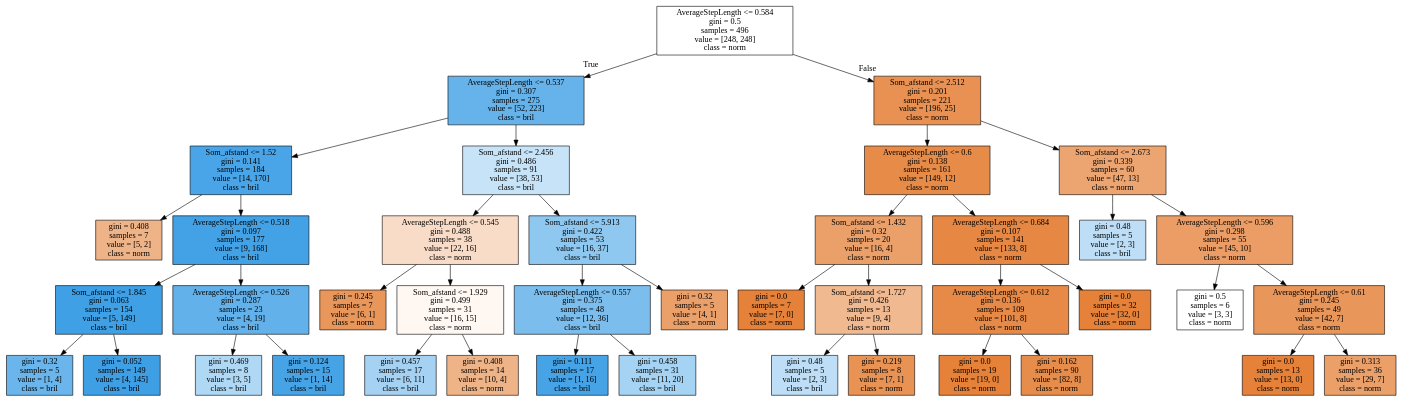
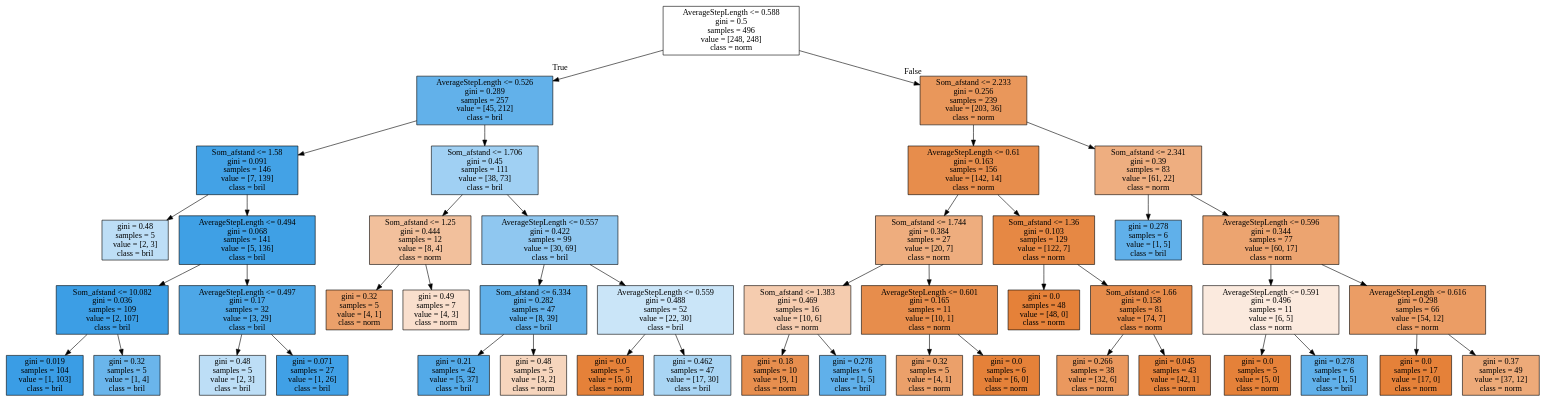
The diagram in Machine_learning/tree.dot (VivienvV/fallrisk), drawn with Graphviz before and after one commit. The commit also changed 4 other files, not shown here.

```diff
--- a/Machine_learning/tree.dot
+++ b/Machine_learning/tree.dot
@@ -1,84 +1,92 @@
 digraph Tree {
 node [shape=box, style="filled", color="black"] ;
-0 [label="AverageStepLength <= 0.584\ngini = 0.5\nsamples = 496\nvalue = [248, 248]\nclass = norm", fillcolor="#e5813900"] ;
-1 [label="AverageStepLength <= 0.537\ngini = 0.307\nsamples = 275\nvalue = [52, 223]\nclass = bril", fillcolor="#399de5c4"] ;
+0 [label="AverageStepLength <= 0.588\ngini = 0.5\nsamples = 496\nvalue = [248, 248]\nclass = norm", fillcolor="#e5813900"] ;
+1 [label="AverageStepLength <= 0.526\ngini = 0.289\nsamples = 257\nvalue = [45, 212]\nclass = bril", fillcolor="#399de5c9"] ;
 0 -> 1 [labeldistance=2.5, labelangle=45, headlabel="True"] ;
-2 [label="Som_afstand <= 1.52\ngini = 0.141\nsamples = 184\nvalue = [14, 170]\nclass = bril", fillcolor="#399de5ea"] ;
+2 [label="Som_afstand <= 1.58\ngini = 0.091\nsamples = 146\nvalue = [7, 139]\nclass = bril", fillcolor="#399de5f2"] ;
 1 -> 2 ;
-3 [label="gini = 0.408\nsamples = 7\nvalue = [5, 2]\nclass = norm", fillcolor="#e5813999"] ;
+3 [label="gini = 0.48\nsamples = 5\nvalue = [2, 3]\nclass = bril", fillcolor="#399de555"] ;
 2 -> 3 ;
-4 [label="AverageStepLength <= 0.518\ngini = 0.097\nsamples = 177\nvalue = [9, 168]\nclass = bril", fillcolor="#399de5f1"] ;
+4 [label="AverageStepLength <= 0.494\ngini = 0.068\nsamples = 141\nvalue = [5, 136]\nclass = bril", fillcolor="#399de5f6"] ;
 2 -> 4 ;
-5 [label="Som_afstand <= 1.845\ngini = 0.063\nsamples = 154\nvalue = [5, 149]\nclass = bril", fillcolor="#399de5f6"] ;
+5 [label="Som_afstand <= 10.082\ngini = 0.036\nsamples = 109\nvalue = [2, 107]\nclass = bril", fillcolor="#399de5fa"] ;
 4 -> 5 ;
-6 [label="gini = 0.32\nsamples = 5\nvalue = [1, 4]\nclass = bril", fillcolor="#399de5bf"] ;
+6 [label="gini = 0.019\nsamples = 104\nvalue = [1, 103]\nclass = bril", fillcolor="#399de5fd"] ;
 5 -> 6 ;
-7 [label="gini = 0.052\nsamples = 149\nvalue = [4, 145]\nclass = bril", fillcolor="#399de5f8"] ;
+7 [label="gini = 0.32\nsamples = 5\nvalue = [1, 4]\nclass = bril", fillcolor="#399de5bf"] ;
 5 -> 7 ;
-8 [label="AverageStepLength <= 0.526\ngini = 0.287\nsamples = 23\nvalue = [4, 19]\nclass = bril", fillcolor="#399de5c9"] ;
+8 [label="AverageStepLength <= 0.497\ngini = 0.17\nsamples = 32\nvalue = [3, 29]\nclass = bril", fillcolor="#399de5e5"] ;
 4 -> 8 ;
-9 [label="gini = 0.469\nsamples = 8\nvalue = [3, 5]\nclass = bril", fillcolor="#399de566"] ;
+9 [label="gini = 0.48\nsamples = 5\nvalue = [2, 3]\nclass = bril", fillcolor="#399de555"] ;
 8 -> 9 ;
-10 [label="gini = 0.124\nsamples = 15\nvalue = [1, 14]\nclass = bril", fillcolor="#399de5ed"] ;
+10 [label="gini = 0.071\nsamples = 27\nvalue = [1, 26]\nclass = bril", fillcolor="#399de5f5"] ;
 8 -> 10 ;
-11 [label="Som_afstand <= 2.456\ngini = 0.486\nsamples = 91\nvalue = [38, 53]\nclass = bril", fillcolor="#399de548"] ;
+11 [label="Som_afstand <= 1.706\ngini = 0.45\nsamples = 111\nvalue = [38, 73]\nclass = bril", fillcolor="#399de57a"] ;
 1 -> 11 ;
-12 [label="AverageStepLength <= 0.545\ngini = 0.488\nsamples = 38\nvalue = [22, 16]\nclass = norm", fillcolor="#e5813946"] ;
+12 [label="Som_afstand <= 1.25\ngini = 0.444\nsamples = 12\nvalue = [8, 4]\nclass = norm", fillcolor="#e581397f"] ;
 11 -> 12 ;
-13 [label="gini = 0.245\nsamples = 7\nvalue = [6, 1]\nclass = norm", fillcolor="#e58139d4"] ;
+13 [label="gini = 0.32\nsamples = 5\nvalue = [4, 1]\nclass = norm", fillcolor="#e58139bf"] ;
 12 -> 13 ;
-14 [label="Som_afstand <= 1.929\ngini = 0.499\nsamples = 31\nvalue = [16, 15]\nclass = norm", fillcolor="#e5813910"] ;
+14 [label="gini = 0.49\nsamples = 7\nvalue = [4, 3]\nclass = norm", fillcolor="#e5813940"] ;
 12 -> 14 ;
-15 [label="gini = 0.457\nsamples = 17\nvalue = [6, 11]\nclass = bril", fillcolor="#399de574"] ;
-14 -> 15 ;
-16 [label="gini = 0.408\nsamples = 14\nvalue = [10, 4]\nclass = norm", fillcolor="#e5813999"] ;
-14 -> 16 ;
-17 [label="Som_afstand <= 5.913\ngini = 0.422\nsamples = 53\nvalue = [16, 37]\nclass = bril", fillcolor="#399de591"] ;
-11 -> 17 ;
-18 [label="AverageStepLength <= 0.557\ngini = 0.375\nsamples = 48\nvalue = [12, 36]\nclass = bril", fillcolor="#399de5aa"] ;
-17 -> 18 ;
-19 [label="gini = 0.111\nsamples = 17\nvalue = [1, 16]\nclass = bril", fillcolor="#399de5ef"] ;
-18 -> 19 ;
-20 [label="gini = 0.458\nsamples = 31\nvalue = [11, 20]\nclass = bril", fillcolor="#399de573"] ;
-18 -> 20 ;
-21 [label="gini = 0.32\nsamples = 5\nvalue = [4, 1]\nclass = norm", fillcolor="#e58139bf"] ;
-17 -> 21 ;
-22 [label="Som_afstand <= 2.512\ngini = 0.201\nsamples = 221\nvalue = [196, 25]\nclass = norm", fillcolor="#e58139de"] ;
+15 [label="AverageStepLength <= 0.557\ngini = 0.422\nsamples = 99\nvalue = [30, 69]\nclass = bril", fillcolor="#399de590"] ;
+11 -> 15 ;
+16 [label="Som_afstand <= 6.334\ngini = 0.282\nsamples = 47\nvalue = [8, 39]\nclass = bril", fillcolor="#399de5cb"] ;
+15 -> 16 ;
+17 [label="gini = 0.21\nsamples = 42\nvalue = [5, 37]\nclass = bril", fillcolor="#399de5dd"] ;
+16 -> 17 ;
+18 [label="gini = 0.48\nsamples = 5\nvalue = [3, 2]\nclass = norm", fillcolor="#e5813955"] ;
+16 -> 18 ;
+19 [label="AverageStepLength <= 0.559\ngini = 0.488\nsamples = 52\nvalue = [22, 30]\nclass = bril", fillcolor="#399de544"] ;
+15 -> 19 ;
+20 [label="gini = 0.0\nsamples = 5\nvalue = [5, 0]\nclass = norm", fillcolor="#e58139ff"] ;
+19 -> 20 ;
+21 [label="gini = 0.462\nsamples = 47\nvalue = [17, 30]\nclass = bril", fillcolor="#399de56e"] ;
+19 -> 21 ;
+22 [label="Som_afstand <= 2.233\ngini = 0.256\nsamples = 239\nvalue = [203, 36]\nclass = norm", fillcolor="#e58139d2"] ;
 0 -> 22 [labeldistance=2.5, labelangle=-45, headlabel="False"] ;
-23 [label="AverageStepLength <= 0.6\ngini = 0.138\nsamples = 161\nvalue = [149, 12]\nclass = norm", fillcolor="#e58139ea"] ;
+23 [label="AverageStepLength <= 0.61\ngini = 0.163\nsamples = 156\nvalue = [142, 14]\nclass = norm", fillcolor="#e58139e6"] ;
 22 -> 23 ;
-24 [label="Som_afstand <= 1.432\ngini = 0.32\nsamples = 20\nvalue = [16, 4]\nclass = norm", fillcolor="#e58139bf"] ;
+24 [label="Som_afstand <= 1.744\ngini = 0.384\nsamples = 27\nvalue = [20, 7]\nclass = norm", fillcolor="#e58139a6"] ;
 23 -> 24 ;
-25 [label="gini = 0.0\nsamples = 7\nvalue = [7, 0]\nclass = norm", fillcolor="#e58139ff"] ;
+25 [label="Som_afstand <= 1.383\ngini = 0.469\nsamples = 16\nvalue = [10, 6]\nclass = norm", fillcolor="#e5813966"] ;
 24 -> 25 ;
-26 [label="Som_afstand <= 1.727\ngini = 0.426\nsamples = 13\nvalue = [9, 4]\nclass = norm", fillcolor="#e581398e"] ;
-24 -> 26 ;
-27 [label="gini = 0.48\nsamples = 5\nvalue = [2, 3]\nclass = bril", fillcolor="#399de555"] ;
-26 -> 27 ;
-28 [label="gini = 0.219\nsamples = 8\nvalue = [7, 1]\nclass = norm", fillcolor="#e58139db"] ;
-26 -> 28 ;
-29 [label="AverageStepLength <= 0.684\ngini = 0.107\nsamples = 141\nvalue = [133, 8]\nclass = norm", fillcolor="#e58139f0"] ;
-23 -> 29 ;
-30 [label="AverageStepLength <= 0.612\ngini = 0.136\nsamples = 109\nvalue = [101, 8]\nclass = norm", fillcolor="#e58139eb"] ;
-29 -> 30 ;
-31 [label="gini = 0.0\nsamples = 19\nvalue = [19, 0]\nclass = norm", fillcolor="#e58139ff"] ;
-30 -> 31 ;
-32 [label="gini = 0.162\nsamples = 90\nvalue = [82, 8]\nclass = norm", fillcolor="#e58139e6"] ;
-30 -> 32 ;
-33 [label="gini = 0.0\nsamples = 32\nvalue = [32, 0]\nclass = norm", fillcolor="#e58139ff"] ;
-29 -> 33 ;
-34 [label="Som_afstand <= 2.673\ngini = 0.339\nsamples = 60\nvalue = [47, 13]\nclass = norm", fillcolor="#e58139b8"] ;
-22 -> 34 ;
-35 [label="gini = 0.48\nsamples = 5\nvalue = [2, 3]\nclass = bril", fillcolor="#399de555"] ;
-34 -> 35 ;
-36 [label="AverageStepLength <= 0.596\ngini = 0.298\nsamples = 55\nvalue = [45, 10]\nclass = norm", fillcolor="#e58139c6"] ;
-34 -> 36 ;
-37 [label="gini = 0.5\nsamples = 6\nvalue = [3, 3]\nclass = norm", fillcolor="#e5813900"] ;
+26 [label="gini = 0.18\nsamples = 10\nvalue = [9, 1]\nclass = norm", fillcolor="#e58139e3"] ;
+25 -> 26 ;
+27 [label="gini = 0.278\nsamples = 6\nvalue = [1, 5]\nclass = bril", fillcolor="#399de5cc"] ;
+25 -> 27 ;
+28 [label="AverageStepLength <= 0.601\ngini = 0.165\nsamples = 11\nvalue = [10, 1]\nclass = norm", fillcolor="#e58139e6"] ;
+24 -> 28 ;
+29 [label="gini = 0.32\nsamples = 5\nvalue = [4, 1]\nclass = norm", fillcolor="#e58139bf"] ;
+28 -> 29 ;
+30 [label="gini = 0.0\nsamples = 6\nvalue = [6, 0]\nclass = norm", fillcolor="#e58139ff"] ;
+28 -> 30 ;
+31 [label="Som_afstand <= 1.36\ngini = 0.103\nsamples = 129\nvalue = [122, 7]\nclass = norm", fillcolor="#e58139f0"] ;
+23 -> 31 ;
+32 [label="gini = 0.0\nsamples = 48\nvalue = [48, 0]\nclass = norm", fillcolor="#e58139ff"] ;
+31 -> 32 ;
+33 [label="Som_afstand <= 1.66\ngini = 0.158\nsamples = 81\nvalue = [74, 7]\nclass = norm", fillcolor="#e58139e7"] ;
+31 -> 33 ;
+34 [label="gini = 0.266\nsamples = 38\nvalue = [32, 6]\nclass = norm", fillcolor="#e58139cf"] ;
+33 -> 34 ;
+35 [label="gini = 0.045\nsamples = 43\nvalue = [42, 1]\nclass = norm", fillcolor="#e58139f9"] ;
+33 -> 35 ;
+36 [label="Som_afstand <= 2.341\ngini = 0.39\nsamples = 83\nvalue = [61, 22]\nclass = norm", fillcolor="#e58139a3"] ;
+22 -> 36 ;
+37 [label="gini = 0.278\nsamples = 6\nvalue = [1, 5]\nclass = bril", fillcolor="#399de5cc"] ;
 36 -> 37 ;
-38 [label="AverageStepLength <= 0.61\ngini = 0.245\nsamples = 49\nvalue = [42, 7]\nclass = norm", fillcolor="#e58139d4"] ;
+38 [label="AverageStepLength <= 0.596\ngini = 0.344\nsamples = 77\nvalue = [60, 17]\nclass = norm", fillcolor="#e58139b7"] ;
 36 -> 38 ;
-39 [label="gini = 0.0\nsamples = 13\nvalue = [13, 0]\nclass = norm", fillcolor="#e58139ff"] ;
+39 [label="AverageStepLength <= 0.591\ngini = 0.496\nsamples = 11\nvalue = [6, 5]\nclass = norm", fillcolor="#e581392a"] ;
 38 -> 39 ;
-40 [label="gini = 0.313\nsamples = 36\nvalue = [29, 7]\nclass = norm", fillcolor="#e58139c1"] ;
-38 -> 40 ;
+40 [label="gini = 0.0\nsamples = 5\nvalue = [5, 0]\nclass = norm", fillcolor="#e58139ff"] ;
+39 -> 40 ;
+41 [label="gini = 0.278\nsamples = 6\nvalue = [1, 5]\nclass = bril", fillcolor="#399de5cc"] ;
+39 -> 41 ;
+42 [label="AverageStepLength <= 0.616\ngini = 0.298\nsamples = 66\nvalue = [54, 12]\nclass = norm", fillcolor="#e58139c6"] ;
+38 -> 42 ;
+43 [label="gini = 0.0\nsamples = 17\nvalue = [17, 0]\nclass = norm", fillcolor="#e58139ff"] ;
+42 -> 43 ;
+44 [label="gini = 0.37\nsamples = 49\nvalue = [37, 12]\nclass = norm", fillcolor="#e58139ac"] ;
+42 -> 44 ;
 }
```
